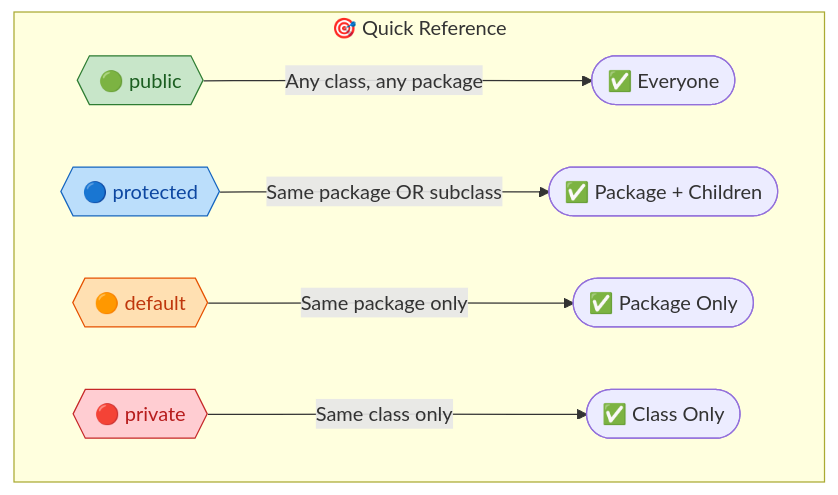
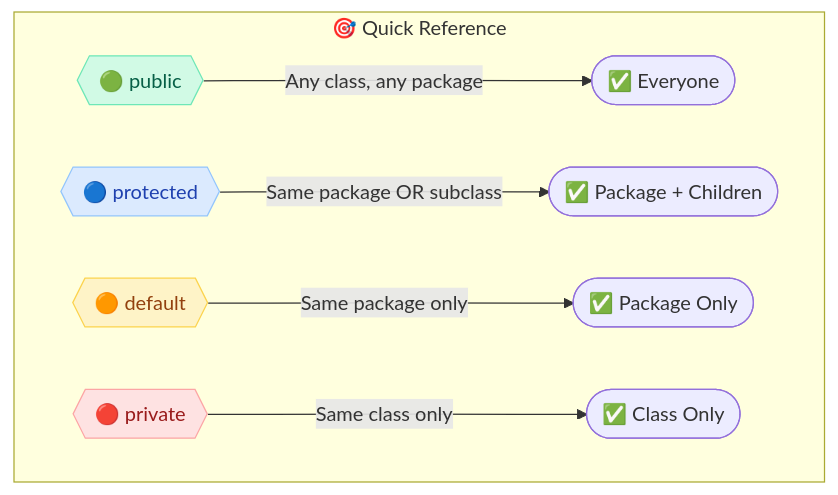
The second of 3 diagrams in docs/java/AccessModifiers.md (saivamsikaruturi/vamsilabs-dev-notes-main), drawn with Mermaid before and after one commit. The commit also changed other lines of this file and 220 other files, not shown here.

First line of the commit message:
Add 50+ new Java/Spring Boot pages, rewrite CSS code blocks to Oracle style, fix all diagram colors

````diff
--- a/docs/java/AccessModifiers.md
+++ b/docs/java/AccessModifiers.md
@@ -28,15 +28,15 @@
 ```mermaid
 flowchart LR
     subgraph scope["🎯 Quick Reference"]
         direction LR
-        PUB{{"🟢 public"}}:::green --> |"Any class, any package"| ALL(["✅ Everyone"])
-        PROT{{"🔵 protected"}}:::blue --> |"Same package OR subclass"| SUB(["✅ Package + Children"])
-        DEF{{"🟠 default"}}:::orange --> |"Same package only"| PKG(["✅ Package Only"])
-        PRIV{{"🔴 private"}}:::red --> |"Same class only"| CLS(["✅ Class Only"])
+        PUB{{"🟢 public"}} --> |"Any class, any package"| ALL(["✅ Everyone"])
+        PROT{{"🔵 protected"}} --> |"Same package OR subclass"| SUB(["✅ Package + Children"])
+        DEF{{"🟠 default"}} --> |"Same package only"| PKG(["✅ Package Only"])
+        PRIV{{"🔴 private"}} --> |"Same class only"| CLS(["✅ Class Only"])
     end
 
-    classDef green fill:#C8E6C9,stroke:#2E7D32,color:#1B5E20
-    classDef blue fill:#BBDEFB,stroke:#1565C0,color:#0D47A1
-    classDef orange fill:#FFE0B2,stroke:#E65100,color:#BF360C
-    classDef red fill:#FFCDD2,stroke:#C62828,color:#B71C1C
+    style PUB fill:#D1FAE5,stroke:#6EE7B7,color:#065F46
+    style PROT fill:#DBEAFE,stroke:#93C5FD,color:#1E40AF
+    style DEF fill:#FEF3C7,stroke:#FCD34D,color:#92400E
+    style PRIV fill:#FEE2E2,stroke:#FCA5A5,color:#991B1B
 ```
````
